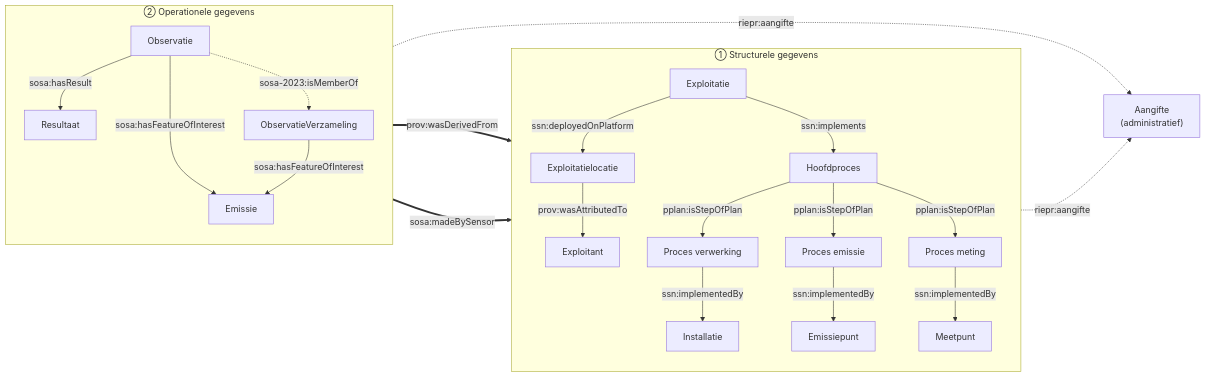
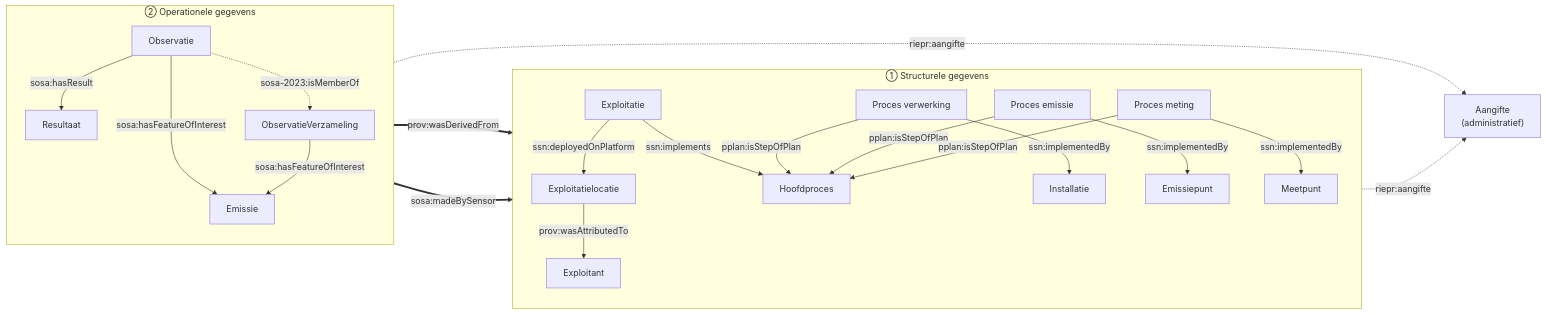
Before and after one commit to milieuinfo/RIE-IEPR: the diagram in documentatie/datamodel/afname/endtoend.md, drawn with Mermaid. The commit also changed 1 other file, not shown here.

Commit message:
docs: isStepOf fix

````diff
--- a/documentatie/datamodel/afname/endtoend.md
+++ b/documentatie/datamodel/afname/endtoend.md
@@ -14,32 +14,32 @@
 ```mermaid
 flowchart LR
     subgraph STRUCT["① Structurele gegevens"]
         direction TB
         L[Exploitatielocatie] -->|prov:wasAttributedTo| E[Exploitant]
         X[Exploitatie] -->|ssn:deployedOnPlatform| L
         X -->|ssn:implements| HP[Hoofdproces]
-        HP -->|pplan:isStepOfPlan| P1[Proces verwerking]
-        HP -->|pplan:isStepOfPlan| P2[Proces emissie]
-        HP -->|pplan:isStepOfPlan| P3[Proces meting]
+        P1[Proces verwerking] -->|pplan:isStepOfPlan| HP
+        P2[Proces emissie] -->|pplan:isStepOfPlan| HP
+        P3[Proces meting] -->|pplan:isStepOfPlan| HP
         P1 -->|ssn:implementedBy| I[Installatie]
         P2 -->|ssn:implementedBy| EP[Emissiepunt]
         P3 -->|ssn:implementedBy| MP[Meetpunt]
     end
 
     subgraph OPER["② Operationele gegevens"]
         direction TB
         EM[Emissie]
         O[Observatie] -->|sosa:hasFeatureOfInterest| EM
         O -->|sosa:hasResult| R[Resultaat]
         O -.->|sosa-2023:isMemberOf| OV[ObservatieVerzameling]
         OV -->|sosa:hasFeatureOfInterest| EM
     end
 
     A["Aangifte<br/>(administratief)"]
 
     %% de drie predicaten die de grens oversteken
     EM ==>|prov:wasDerivedFrom| P2
     O ==>|sosa:madeBySensor| MP
     X -.->|riepr:aangifte| A
     OV -.->|riepr:aangifte| A
 ```
````
